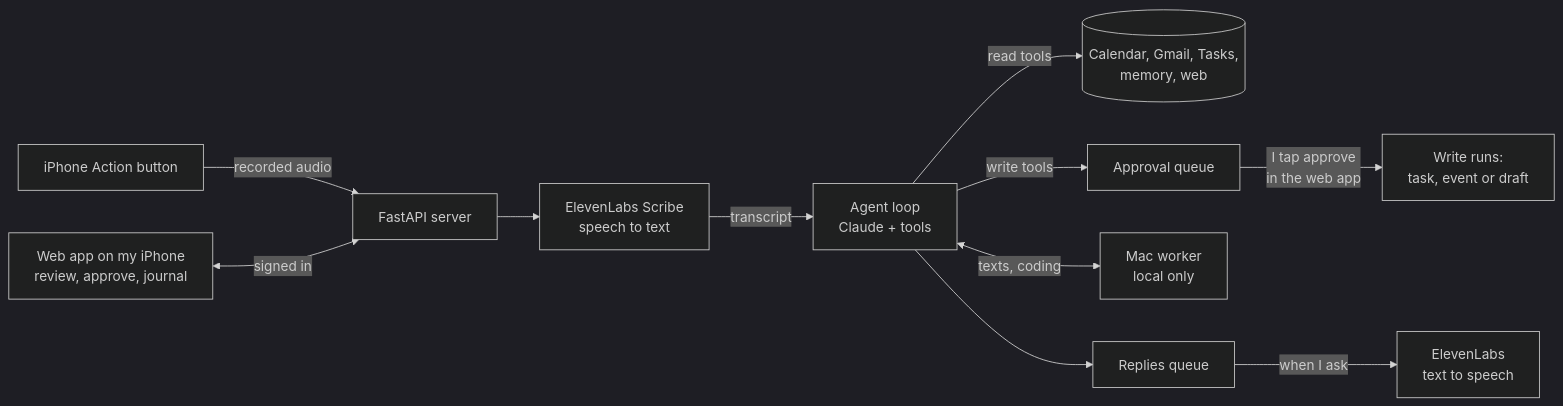
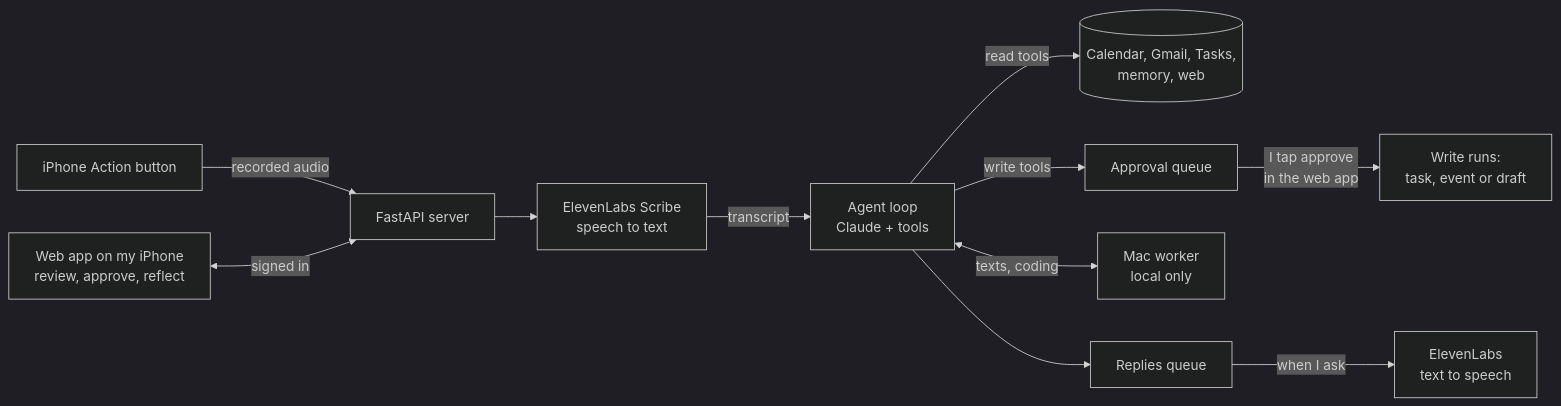
One commit to RW290/Personal-Assistant changed the diagram in README.md. Above: the diagram before and after it, drawn with Mermaid (dark theme). The commit also changed other lines of this file and 1 other file, not shown here.

First line of the commit message:
Plan: rename Journal mode to Reflection

````diff
--- a/README.md
+++ b/README.md
@@ -39,13 +39,13 @@
 ```mermaid
 flowchart LR
     A[iPhone Action button] -->|recorded audio| B[FastAPI server]
-    W[Web app on my iPhone<br/>review, approve, journal] <-->|signed in| B
+    W[Web app on my iPhone<br/>review, approve, reflect] <-->|signed in| B
     B --> C[ElevenLabs Scribe<br/>speech to text]
     C -->|transcript| D[Agent loop<br/>Claude + tools]
     D -->|read tools| E[(Calendar, Gmail, Tasks,<br/>memory, web)]
     D -->|write tools| F[Approval queue]
     F -->|I tap approve<br/>in the web app| G[Write runs:<br/>task, event or draft]
     D <-->|texts, coding| M[Mac worker<br/>local only]
     D --> H[Replies queue]
     H -->|when I ask| I[ElevenLabs<br/>text to speech]
 ```
````
